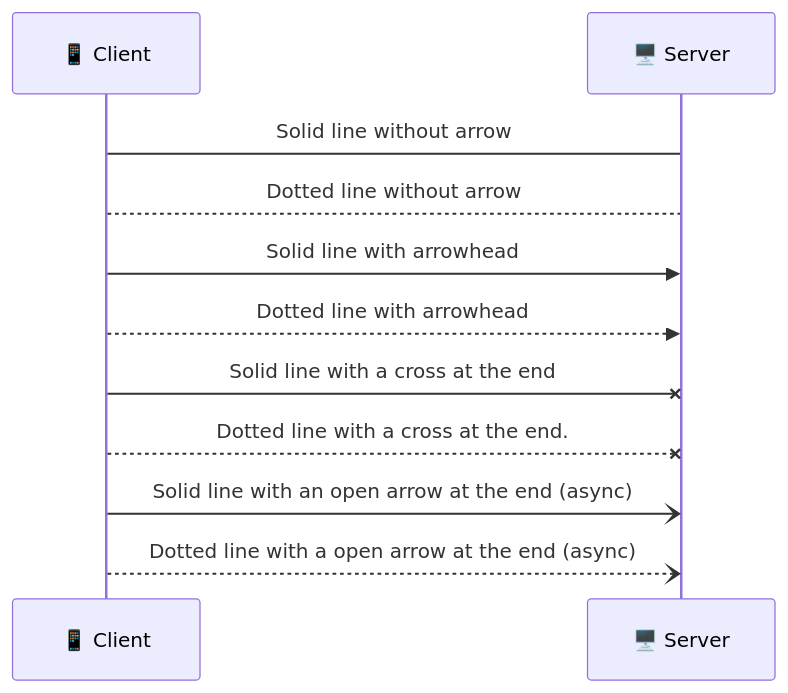
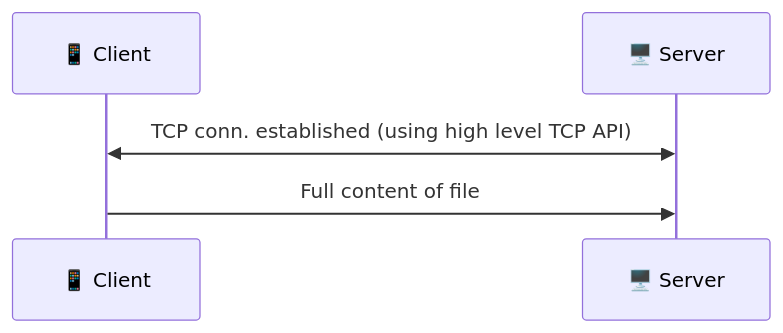
One commit to ajinspiro/HelloNetwork changed the diagram in Program-01-HardCoded/README.md. Above: the diagram before and after it, drawn with Mermaid.

````diff
--- a/Program-01-HardCoded/README.md
+++ b/Program-01-HardCoded/README.md
@@ -3,15 +3,8 @@
 ```mermaid
 sequenceDiagram
     participant Client as 📱 Client
     participant Server as 🖥️ Server
 
-Client->Server:Solid line without arrow
-Client-->Server:Dotted line without arrow
-Client->>Server:Solid line with arrowhead
-Client-->>Server:Dotted line with arrowhead
-Client-xServer:Solid line with a cross at the end
-Client--xServer:Dotted line with a cross at the end.
-Client-)Server:Solid line with an open arrow at the end (async)
-Client--)Server:Dotted line with a open arrow at the end (async)
-
+Client<<->>Server:TCP conn. established (using high level TCP API)
+Client->>Server:Full content of file
 ```
````
